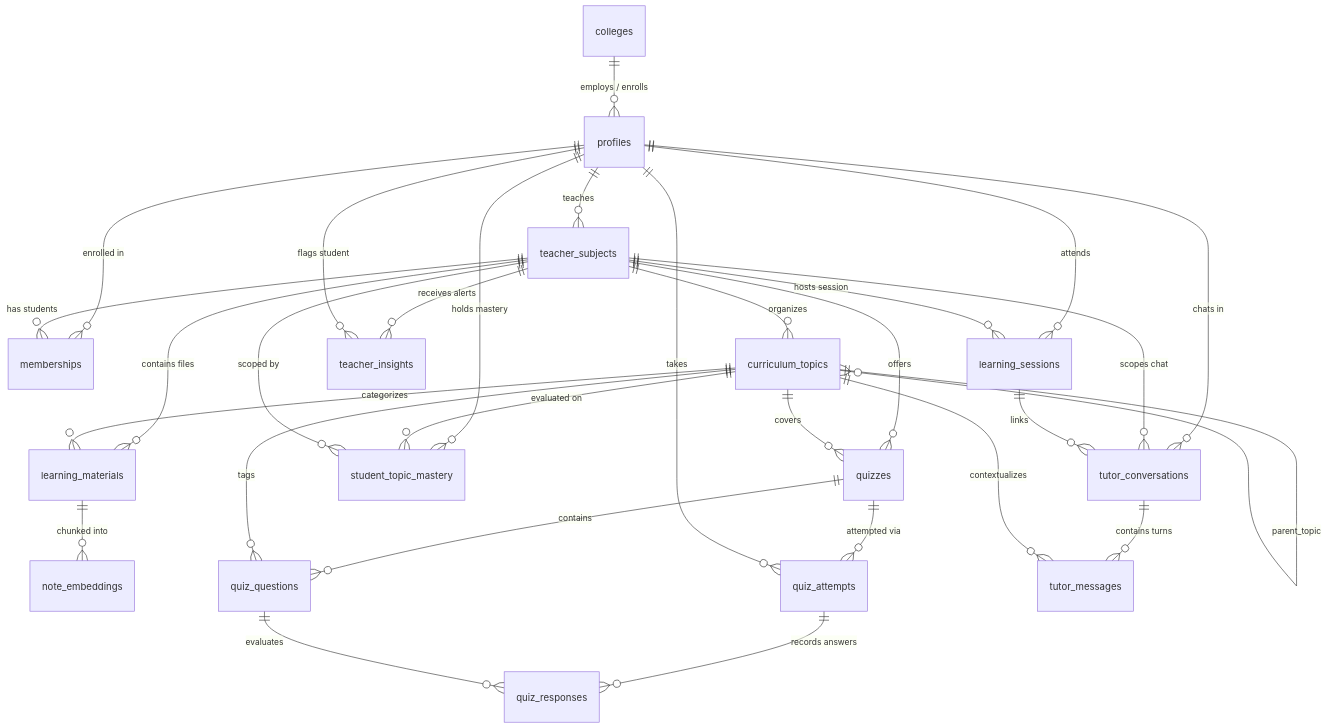
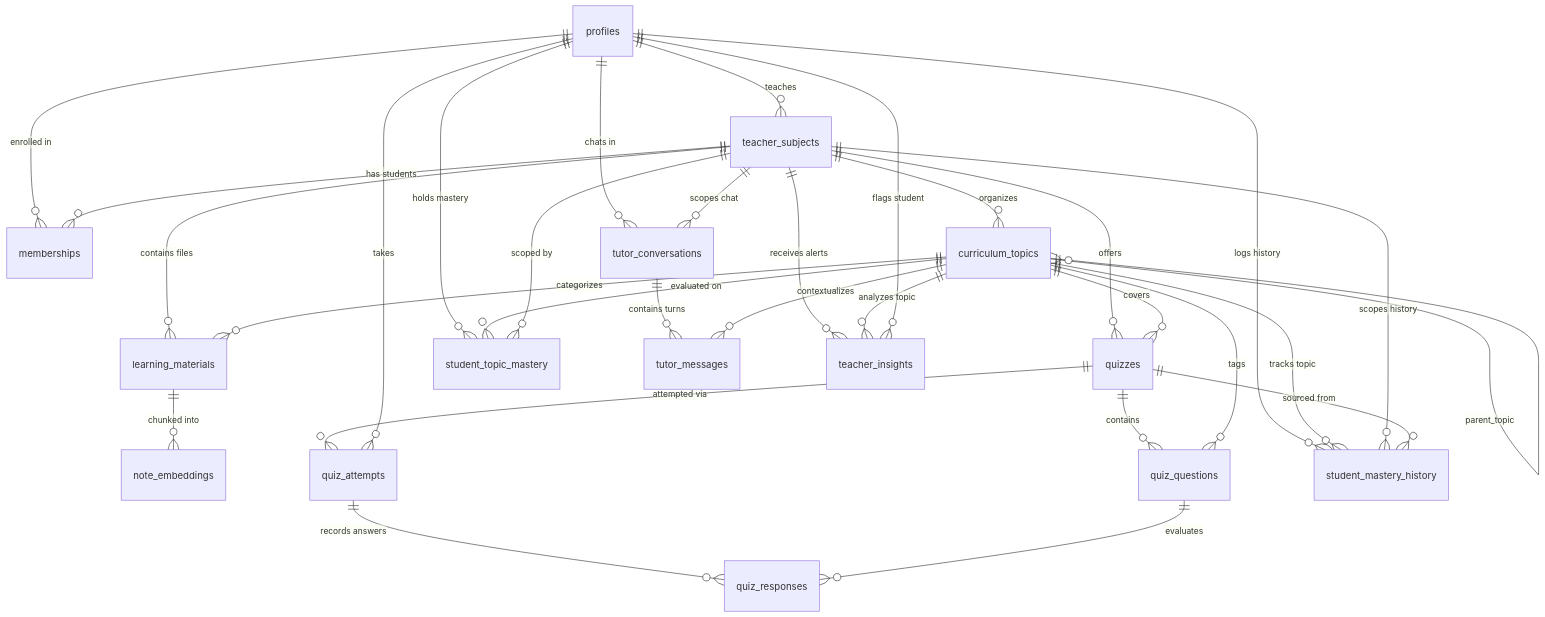
One commit to Srinanth/ThinkFirst changed the diagram in docs/DATABASE.md. Above: the diagram before and after it, drawn with Mermaid. The commit also changed other lines of this file and 3 other files, not shown here.

````diff
--- a/docs/DATABASE.md
+++ b/docs/DATABASE.md
@@ -26,32 +26,33 @@
 ```mermaid
 erDiagram
-    colleges ||--o{ profiles : "employs / enrolls"
     profiles ||--o{ teacher_subjects : "teaches"
     profiles ||--o{ memberships : "enrolled in"
     teacher_subjects ||--o{ memberships : "has students"
     teacher_subjects ||--o{ curriculum_topics : "organizes"
     curriculum_topics ||--o{ curriculum_topics : "parent_topic"
     teacher_subjects ||--o{ learning_materials : "contains files"
     curriculum_topics ||--o{ learning_materials : "categorizes"
     learning_materials ||--o{ note_embeddings : "chunked into"
     teacher_subjects ||--o{ quizzes : "offers"
     curriculum_topics ||--o{ quizzes : "covers"
     quizzes ||--o{ quiz_questions : "contains"
     curriculum_topics ||--o{ quiz_questions : "tags"
     quizzes ||--o{ quiz_attempts : "attempted via"
     profiles ||--o{ quiz_attempts : "takes"
     quiz_attempts ||--o{ quiz_responses : "records answers"
     quiz_questions ||--o{ quiz_responses : "evaluates"
     profiles ||--o{ student_topic_mastery : "holds mastery"
     curriculum_topics ||--o{ student_topic_mastery : "evaluated on"
     teacher_subjects ||--o{ student_topic_mastery : "scoped by"
-    profiles ||--o{ learning_sessions : "attends"
-    teacher_subjects ||--o{ learning_sessions : "hosts session"
+    profiles ||--o{ student_mastery_history : "logs history"
+    curriculum_topics ||--o{ student_mastery_history : "tracks topic"
+    teacher_subjects ||--o{ student_mastery_history : "scopes history"
+    quizzes ||--o{ student_mastery_history : "sourced from"
     profiles ||--o{ tutor_conversations : "chats in"
     teacher_subjects ||--o{ tutor_conversations : "scopes chat"
-    learning_sessions ||--o{ tutor_conversations : "links"
     tutor_conversations ||--o{ tutor_messages : "contains turns"
     curriculum_topics ||--o{ tutor_messages : "contextualizes"
     teacher_subjects ||--o{ teacher_insights : "receives alerts"
+    curriculum_topics ||--o{ teacher_insights : "analyzes topic"
     profiles ||--o{ teacher_insights : "flags student"
 ```
````
